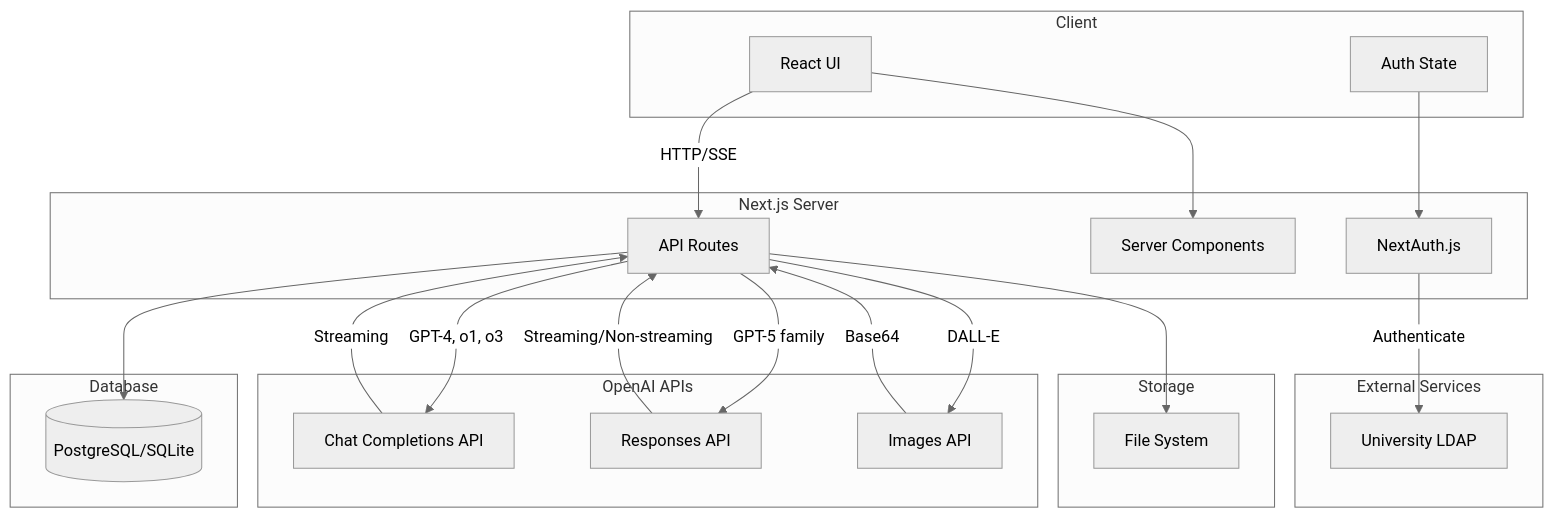
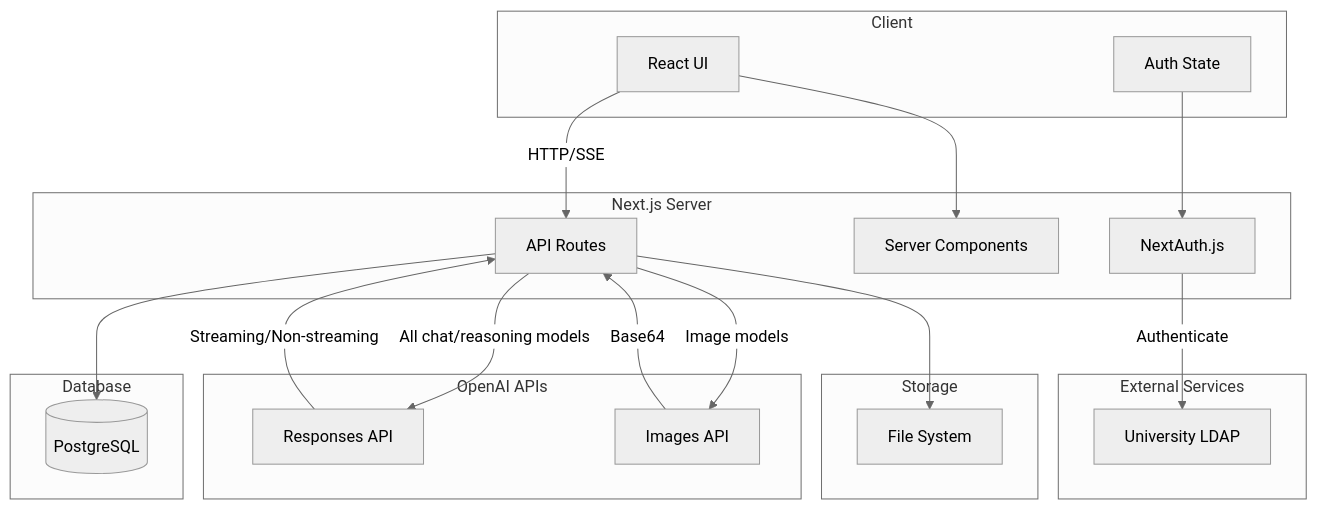
Before and after one commit to A4R5H1L/ai-platform-case-study: the first of 10 diagrams in diagrams/system-architecture.md, drawn with Mermaid (neutral theme). The commit also changed other lines of this file and 14 other files, not shown here.

Commit message:
Update docs to reflect pilot production state and latest RoboAI architecture

````diff
--- a/diagrams/system-architecture.md
+++ b/diagrams/system-architecture.md
@@ -5,47 +5,44 @@
 ```mermaid
 graph TB
     subgraph "Client"
         UI[React UI]
         Auth[Auth State]
     end
 
     subgraph "Next.js Server"
         API[API Routes]
         SSR[Server Components]
         Auth2[NextAuth.js]
     end
 
     subgraph "OpenAI APIs"
-        Chat[Chat Completions API]
         Resp[Responses API]
         Img[Images API]
     end
 
     subgraph "External Services"
         LDAP[University LDAP]
     end
 
     subgraph "Database"
-        DB[(PostgreSQL/SQLite)]
+        DB[(PostgreSQL)]
     end
 
     subgraph "Storage"
         Files[File System]
     end
 
     UI -->|HTTP/SSE| API
     UI --> SSR
     Auth --> Auth2
     
-    API -->|GPT-4, o1, o3| Chat
-    API -->|GPT-5 family| Resp
-    API -->|DALL-E| Img
+    API -->|All chat/reasoning models| Resp
+    API -->|Image models| Img
     
     Auth2 -->|Authenticate| LDAP
     API --> DB
     API --> Files
     
-    Chat -->|Streaming| API
     Resp -->|Streaming/Non-streaming| API
     Img -->|Base64| API
 ```
````
